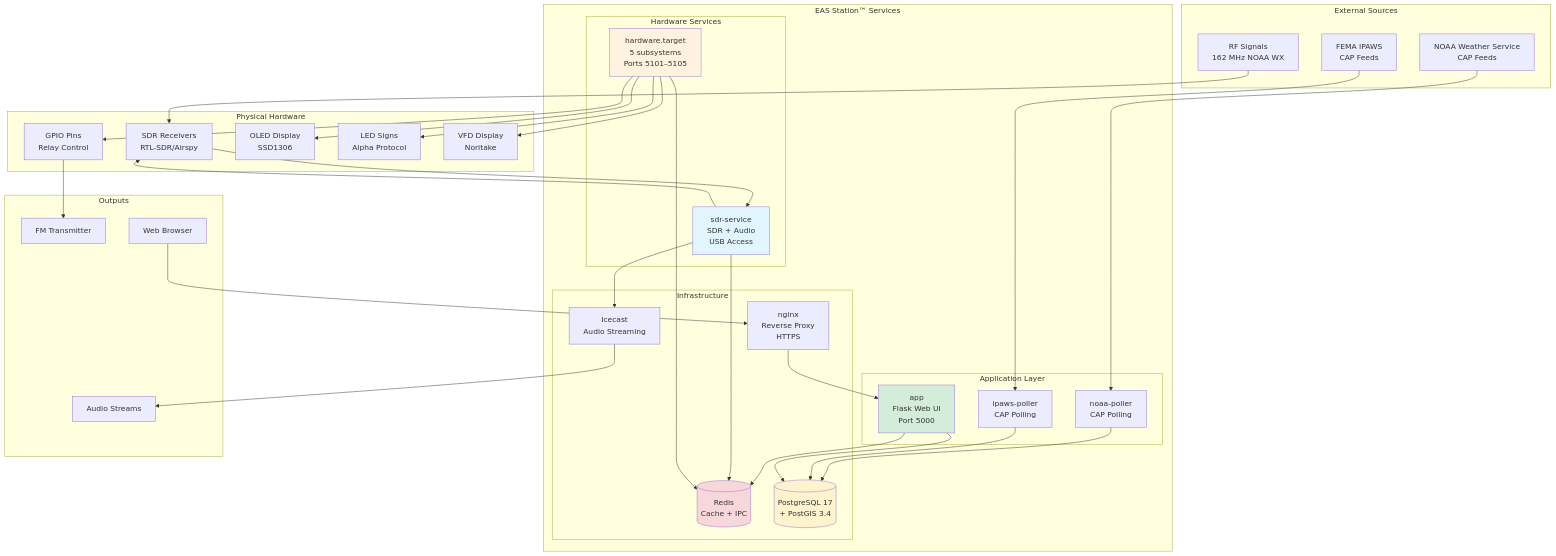
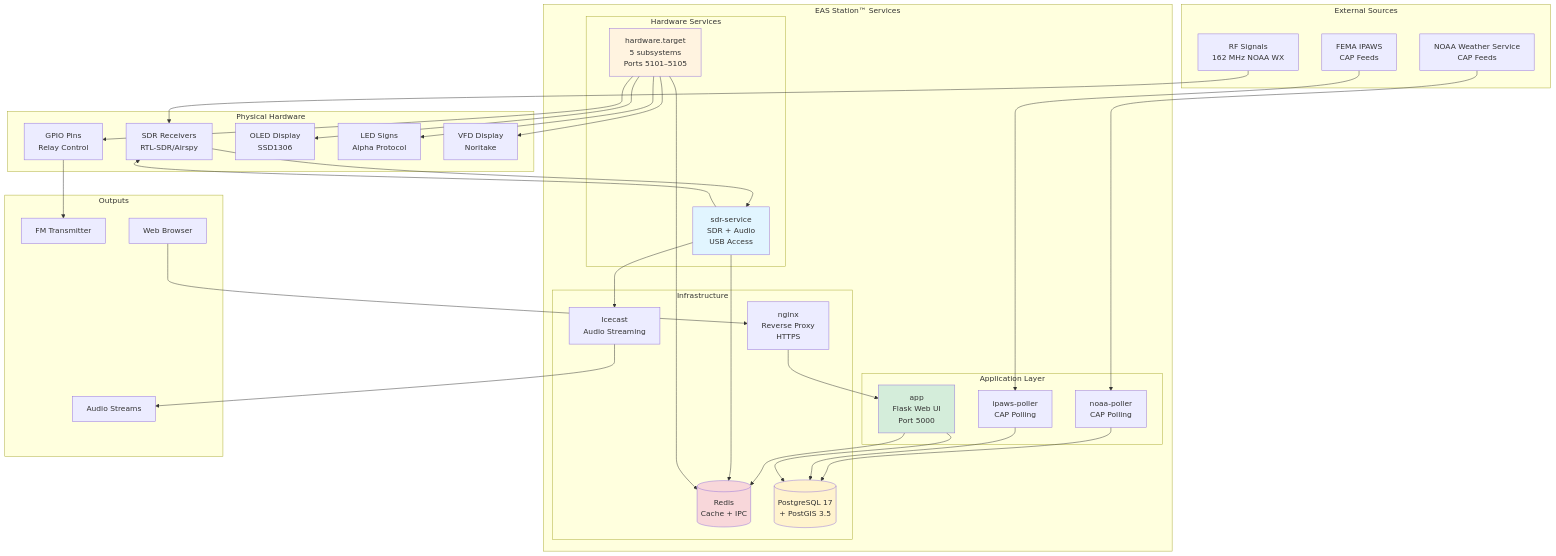
One commit to KR8MER/eas-station changed the first of 21 diagrams in docs/architecture/SYSTEM_ARCHITECTURE.md. Above: the diagram before and after it, drawn with Mermaid. The commit also changed other lines of this file and 6 other files, not shown here.

````diff
--- a/docs/architecture/SYSTEM_ARCHITECTURE.md
+++ b/docs/architecture/SYSTEM_ARCHITECTURE.md
@@ -36,71 +36,71 @@
 ```mermaid
 graph TB
     subgraph "External Sources"
         NOAA[NOAA Weather Service<br>CAP Feeds]
         IPAWS[FEMA IPAWS<br>CAP Feeds]
         RF[RF Signals<br>162 MHz NOAA WX]
     end
 
     subgraph "EAS Station™ Services"
         subgraph "Application Layer"
             APP[app<br>Flask Web UI<br>Port 5000]
             NOAA_POLL[noaa-poller<br>CAP Polling]
             IPAWS_POLL[ipaws-poller<br>CAP Polling]
         end
 
         subgraph "Hardware Services"
             SDR_SVC[sdr-service<br>SDR + Audio<br>USB Access]
             HW_SVC[hardware.target<br>5 subsystems<br>Ports 5101–5105]
         end
 
         subgraph "Infrastructure"
             REDIS[(Redis<br>Cache + IPC)]
-            DB[(PostgreSQL 17<br>+ PostGIS 3.4)]
+            DB[(PostgreSQL 17<br>+ PostGIS 3.5)]
             ICECAST[Icecast<br>Audio Streaming]
             NGINX[nginx<br>Reverse Proxy<br>HTTPS]
         end
     end
 
     subgraph "Physical Hardware"
         SDR_DEV[SDR Receivers<br>RTL-SDR/Airspy]
         GPIO[GPIO Pins<br>Relay Control]
         OLED[OLED Display<br>SSD1306]
         LED[LED Signs<br>Alpha Protocol]
         VFD[VFD Display<br>Noritake]
     end
 
     subgraph "Outputs"
         TX[FM Transmitter]
         BROWSER[Web Browser]
         STREAM[Audio Streams]
     end
 
     %% Data flows
     NOAA --> NOAA_POLL
     IPAWS --> IPAWS_POLL
     NOAA_POLL --> DB
     IPAWS_POLL --> DB
     RF --> SDR_DEV --> SDR_SVC
     
     APP --> DB
     APP --> REDIS
     SDR_SVC --> REDIS
     SDR_SVC --> ICECAST
     HW_SVC --> REDIS
     
     SDR_SVC --> SDR_DEV
     HW_SVC --> GPIO --> TX
     HW_SVC --> OLED
     HW_SVC --> LED
     HW_SVC --> VFD
     
     NGINX --> APP
     BROWSER --> NGINX
     ICECAST --> STREAM
 
     style APP fill:#d4edda
     style SDR_SVC fill:#e1f5ff
     style HW_SVC fill:#fff3e0
     style DB fill:#fff3cd
     style REDIS fill:#f8d7da
 ```
````
